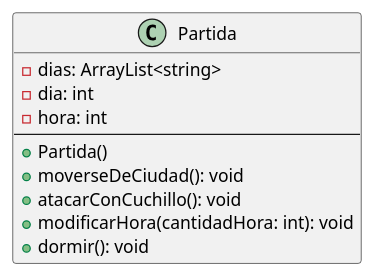
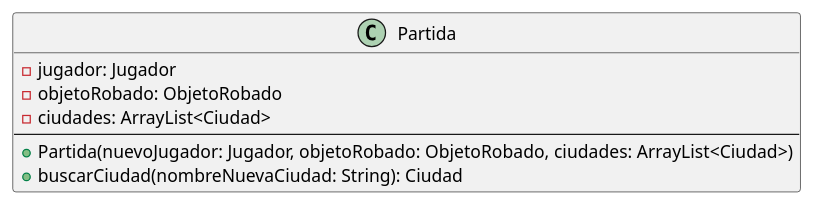
Before and after one commit to alexguttlein/TP2-CarmenSandiego: the diagram in diagrams/classes/Entrega1/classPartida.puml, drawn with PlantUML. The commit also changed 20 other files, not shown here.

```diff
--- a/diagrams/classes/Entrega1/classPartida.puml
+++ b/diagrams/classes/Entrega1/classPartida.puml
@@ -1,15 +1,12 @@
 @startuml
 
 class Partida {
-    -dias: ArrayList<string>
-    -dia: int
-    -hora: int
+    -jugador: Jugador
+    -objetoRobado: ObjetoRobado
+    -ciudades: ArrayList<Ciudad>
     --
-    +Partida()
-    +moverseDeCiudad(): void
-    +atacarConCuchillo(): void
-    +modificarHora(cantidadHora: int): void
-    +dormir(): void
+    +Partida(nuevoJugador: Jugador, objetoRobado: ObjetoRobado, ciudades: ArrayList<Ciudad>)
+    +buscarCiudad(nombreNuevaCiudad: String): Ciudad
 }
 
 @enduml
```
